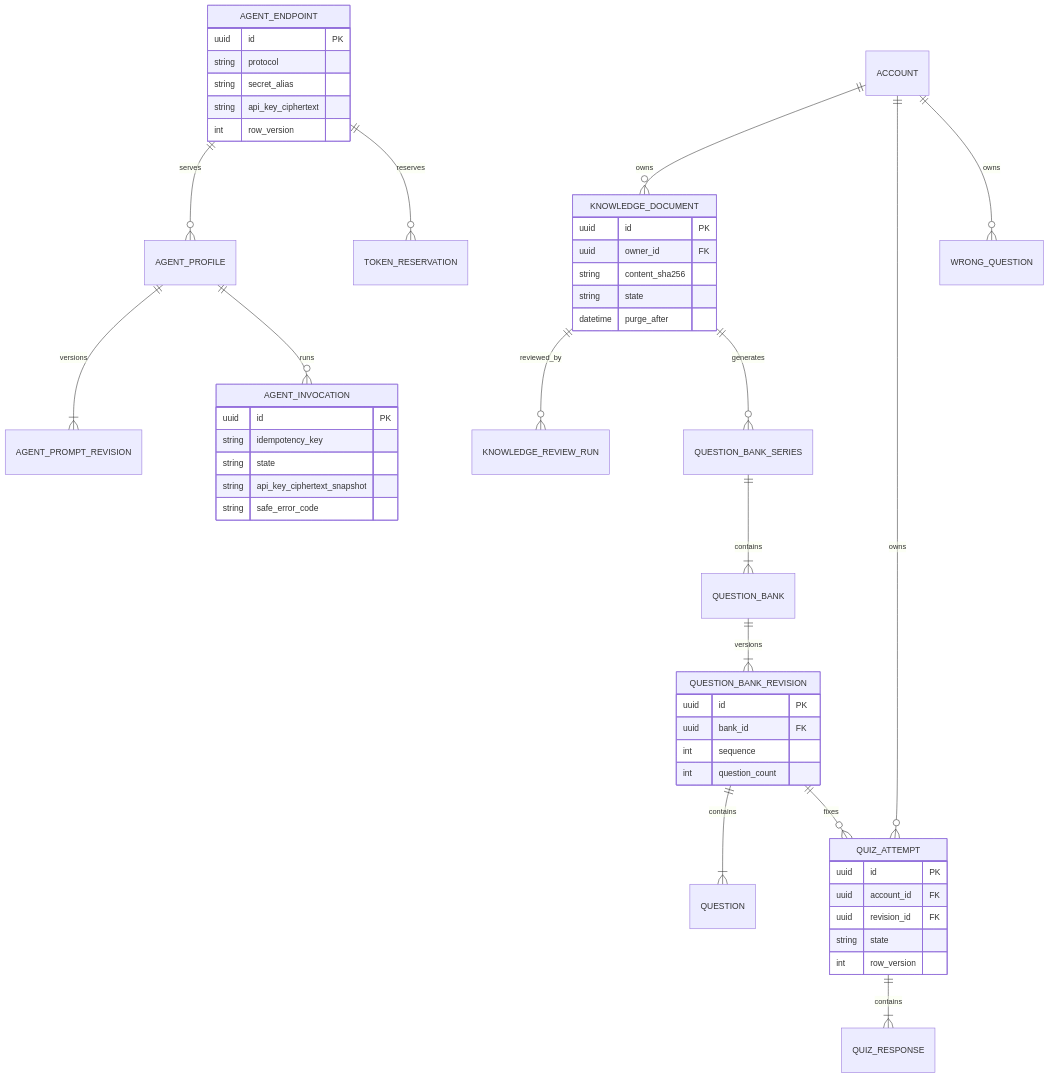
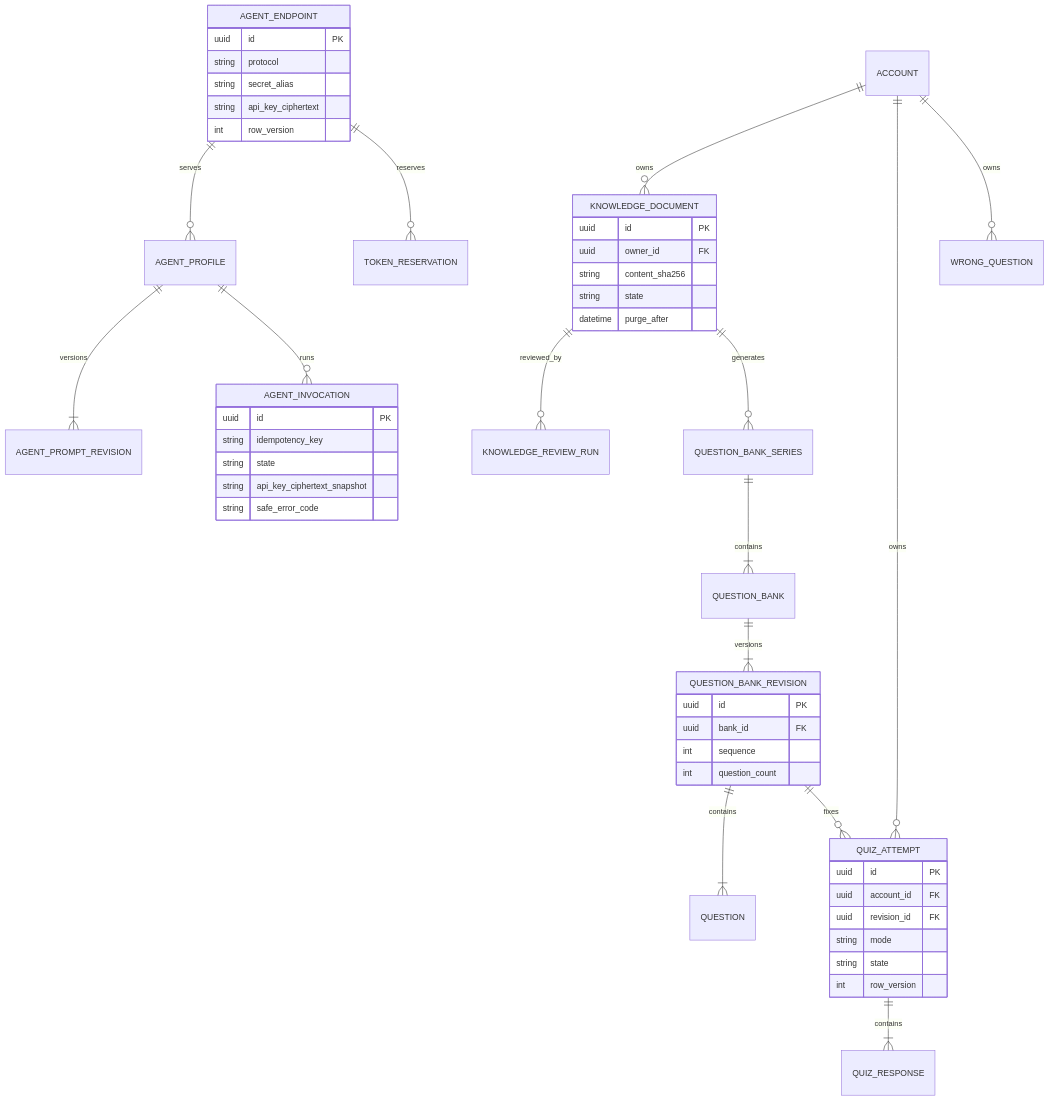
Before and after one commit to WeirdSky924/KKblog: the fifth of 5 diagrams in docs/architecture/data/01-er-model.md, drawn with Mermaid. The commit also changed 25 other files, not shown here.

````diff
--- a/docs/architecture/data/01-er-model.md
+++ b/docs/architecture/data/01-er-model.md
@@ -191,52 +191,53 @@
 ```mermaid
 erDiagram
     AGENT_ENDPOINT ||--o{ AGENT_PROFILE : serves
     AGENT_PROFILE ||--|{ AGENT_PROMPT_REVISION : versions
     AGENT_PROFILE ||--o{ AGENT_INVOCATION : runs
     AGENT_ENDPOINT ||--o{ TOKEN_RESERVATION : reserves
     ACCOUNT ||--o{ KNOWLEDGE_DOCUMENT : owns
     KNOWLEDGE_DOCUMENT ||--o{ KNOWLEDGE_REVIEW_RUN : reviewed_by
     KNOWLEDGE_DOCUMENT ||--o{ QUESTION_BANK_SERIES : generates
     QUESTION_BANK_SERIES ||--|{ QUESTION_BANK : contains
     QUESTION_BANK ||--|{ QUESTION_BANK_REVISION : versions
     QUESTION_BANK_REVISION ||--|{ QUESTION : contains
     ACCOUNT ||--o{ QUIZ_ATTEMPT : owns
     QUESTION_BANK_REVISION ||--o{ QUIZ_ATTEMPT : fixes
     QUIZ_ATTEMPT ||--|{ QUIZ_RESPONSE : contains
     ACCOUNT ||--o{ WRONG_QUESTION : owns
 
     AGENT_ENDPOINT {
       uuid id PK
       string protocol
       string secret_alias
       string api_key_ciphertext
       int row_version
     }
     AGENT_INVOCATION {
       uuid id PK
       string idempotency_key
       string state
       string api_key_ciphertext_snapshot
       string safe_error_code
     }
     KNOWLEDGE_DOCUMENT {
       uuid id PK
       uuid owner_id FK
       string content_sha256
       string state
       datetime purge_after
     }
     QUESTION_BANK_REVISION {
       uuid id PK
       uuid bank_id FK
       int sequence
       int question_count
     }
     QUIZ_ATTEMPT {
       uuid id PK
       uuid account_id FK
       uuid revision_id FK
+      string mode
       string state
       int row_version
     }
 ```
````
